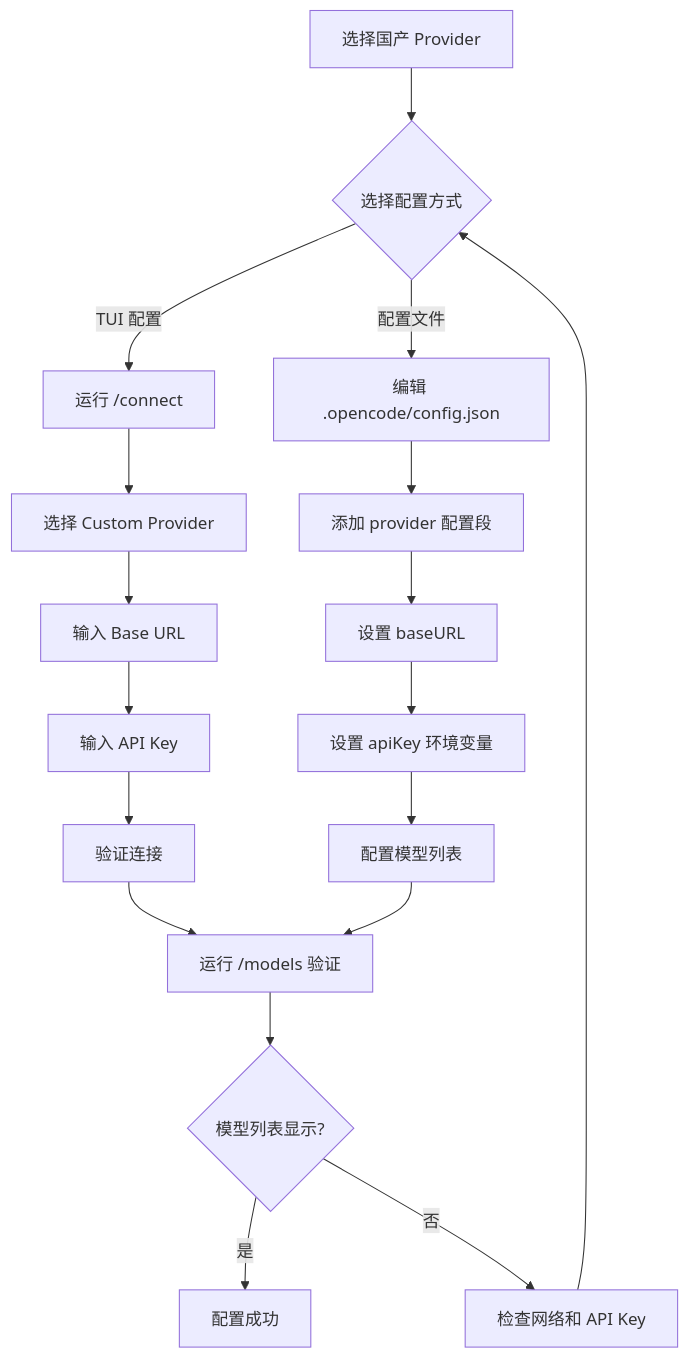
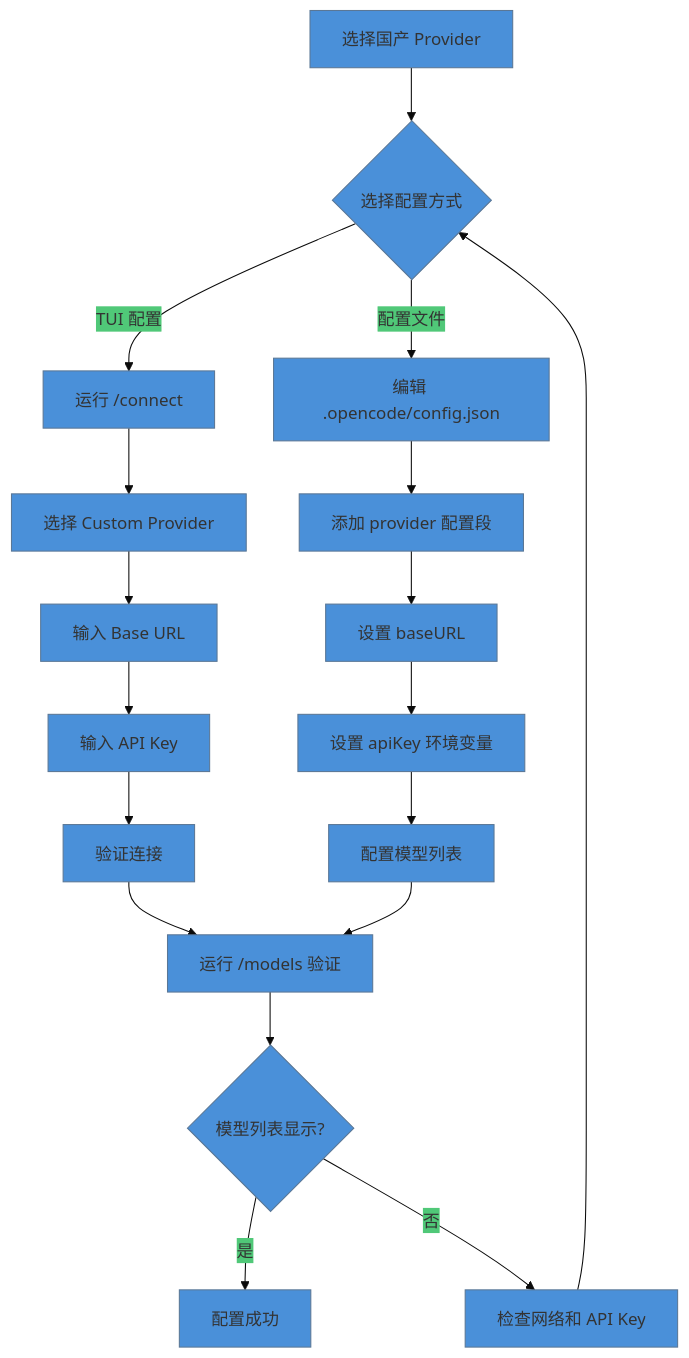
Before and after one commit to tonydeng/harness-engineering-from-oc-to-ai-coding: the first of 2 diagrams in src/03-setup/chinese-providers.md, drawn with Mermaid. The commit also changed other lines of this file and 21 other files, not shown here.

````diff
--- a/src/03-setup/chinese-providers.md
+++ b/src/03-setup/chinese-providers.md
@@ -86,25 +86,26 @@
 ```mermaid
+%%{init: {'theme':'base', 'themeVariables': {'primaryColor':'#4A90D9', 'secondaryColor':'#50C878', 'tertiaryColor':'#FF9F43'}}}%%
 flowchart TB
     A[选择国产 Provider] --> B{选择配置方式}
     
     B -->|TUI 配置| C[运行 /connect]
     B -->|配置文件| D[编辑 .opencode/config.json]
     
     C --> E[选择 Custom Provider]
     E --> F[输入 Base URL]
     F --> G[输入 API Key]
     G --> H[验证连接]
     
     D --> I[添加 provider 配置段]
     I --> J[设置 baseURL]
     J --> K[设置 apiKey 环境变量]
     K --> L[配置模型列表]
     
     H --> M[运行 /models 验证]
     L --> M
     
     M --> N{模型列表显示?}
     N -->|是| O[配置成功]
     N -->|否| P[检查网络和 API Key]
     P --> B
 ```
````
